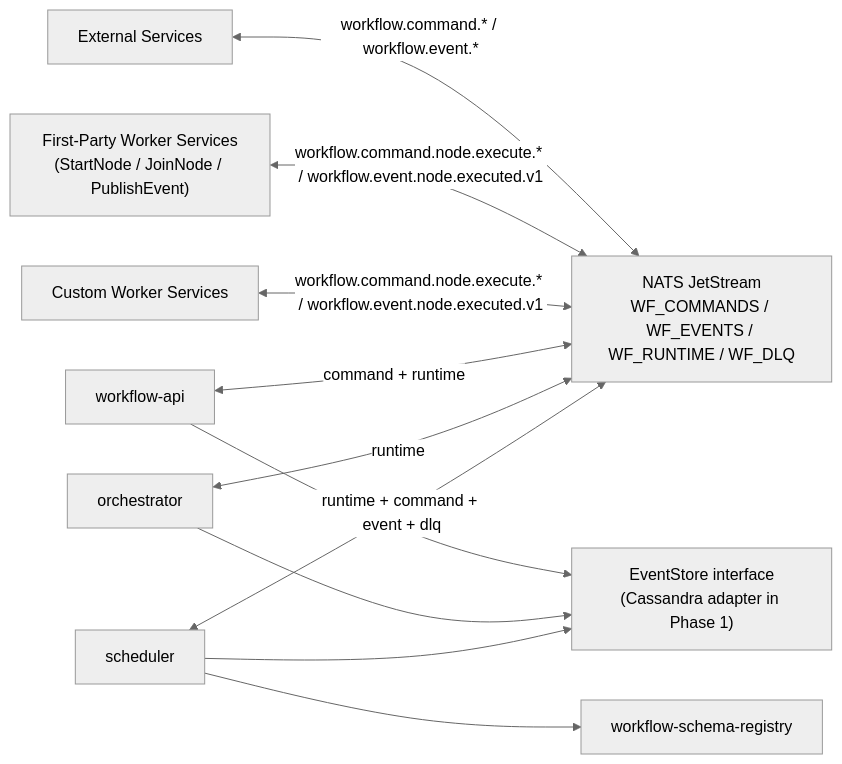
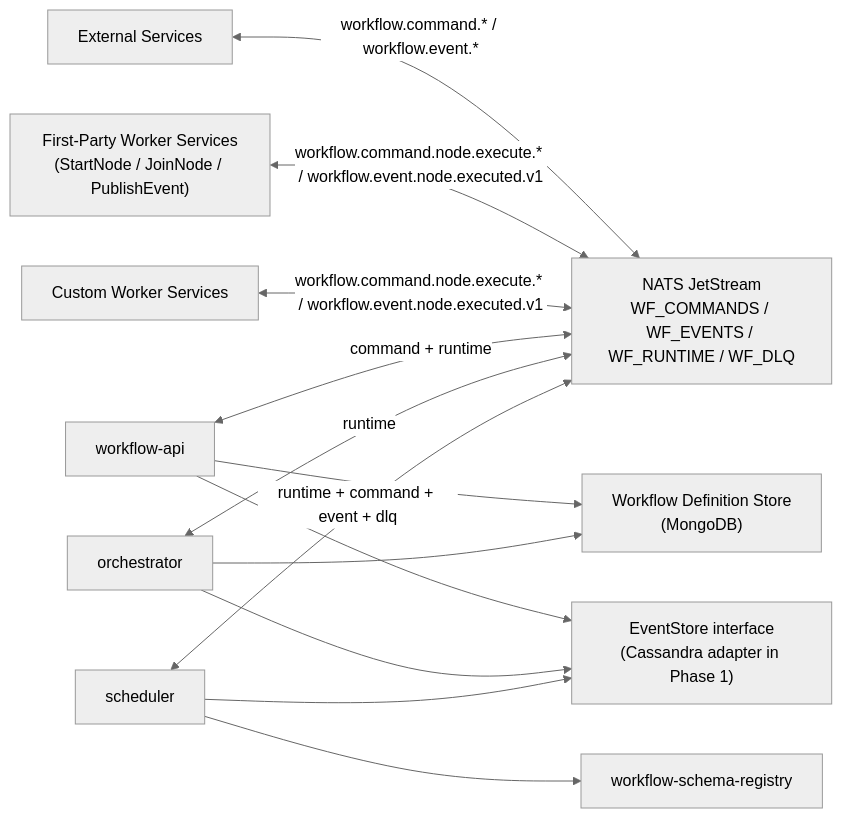
Before and after one commit to hao0731/workflow: the first of 5 diagrams in docs/new-technical-design.md, drawn with Mermaid (neutral theme). The commit also changed other lines of this file, not shown here.

Commit message:
docs: enhance technical design document with MongoDB workflow definition storage details

````diff
--- a/docs/new-technical-design.md
+++ b/docs/new-technical-design.md
@@ -47,23 +48,26 @@
 ```mermaid
 flowchart LR
   EXT["External Services"]
   FPW["First-Party Worker Services\n(StartNode / JoinNode / PublishEvent)"]
   CWW["Custom Worker Services"]
   NATS["NATS JetStream\nWF_COMMANDS / WF_EVENTS / WF_RUNTIME / WF_DLQ"]
   API["workflow-api"]
   ORC["orchestrator"]
   SCH["scheduler"]
   REG["workflow-schema-registry"]
+  WDEF["Workflow Definition Store\n(MongoDB)"]
   ES["EventStore interface\n(Cassandra adapter in Phase 1)"]
 
   EXT <-->|workflow.command.* / workflow.event.*| NATS
   FPW <-->|workflow.command.node.execute.* / workflow.event.node.executed.v1| NATS
   CWW <-->|workflow.command.node.execute.* / workflow.event.node.executed.v1| NATS
   API <-->|command + runtime| NATS
   ORC <-->|runtime| NATS
   SCH <-->|runtime + command + event + dlq| NATS
   SCH --> REG
+  API --> WDEF
+  ORC --> WDEF
   API --> ES
   ORC --> ES
   SCH --> ES
 ```
````
